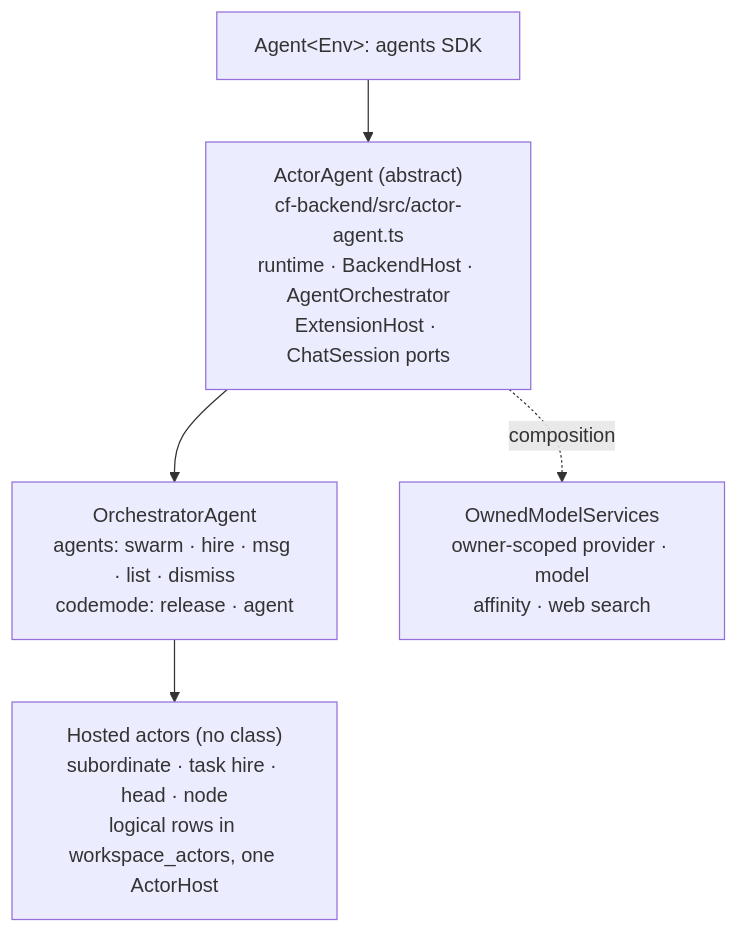
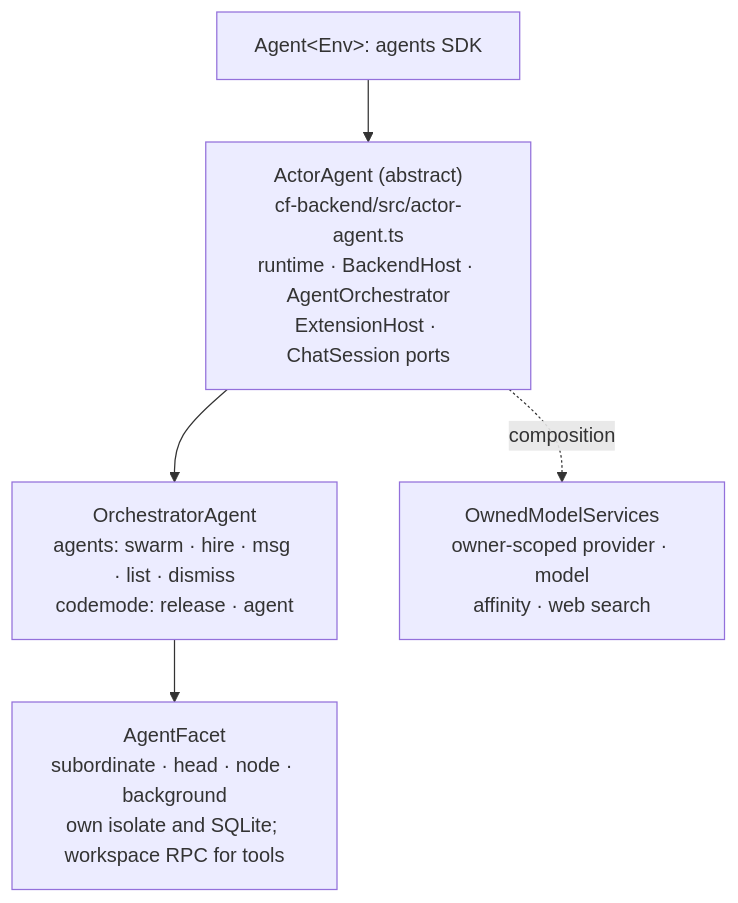
Before and after one commit to AshishKumar4/kinu: the second of 5 diagrams in docs/ARCHITECTURE.md, drawn with Mermaid. The commit also changed other lines of this file and 50 other files, not shown here.

First line of the commit message:
feat(cf): run swarm and background turns in agent facets

````diff
--- a/docs/ARCHITECTURE.md
+++ b/docs/ARCHITECTURE.md
@@ -71,13 +70,13 @@
 ```mermaid
 graph TB
     A["Agent&lt;Env&gt;: agents SDK"]
     AA["ActorAgent (abstract)<br/>cf-backend/src/actor-agent.ts<br/>runtime · BackendHost · AgentOrchestrator<br/>ExtensionHost · ChatSession ports"]
     O["OrchestratorAgent<br/>agents: swarm · hire · msg · list · dismiss<br/>codemode: release · agent"]
-    H["Hosted actors (no class)<br/>subordinate · task hire · head · node<br/>logical rows in workspace_actors, one ActorHost"]
+    H["AgentFacet<br/>subordinate · head · node · background<br/>own isolate and SQLite; workspace RPC for tools"]
     OMS["OwnedModelServices<br/>owner-scoped provider · model<br/>affinity · web search"]
 
     A --> AA
     AA --> O
     O --> H
     AA -.->|composition| OMS
 ```
````
